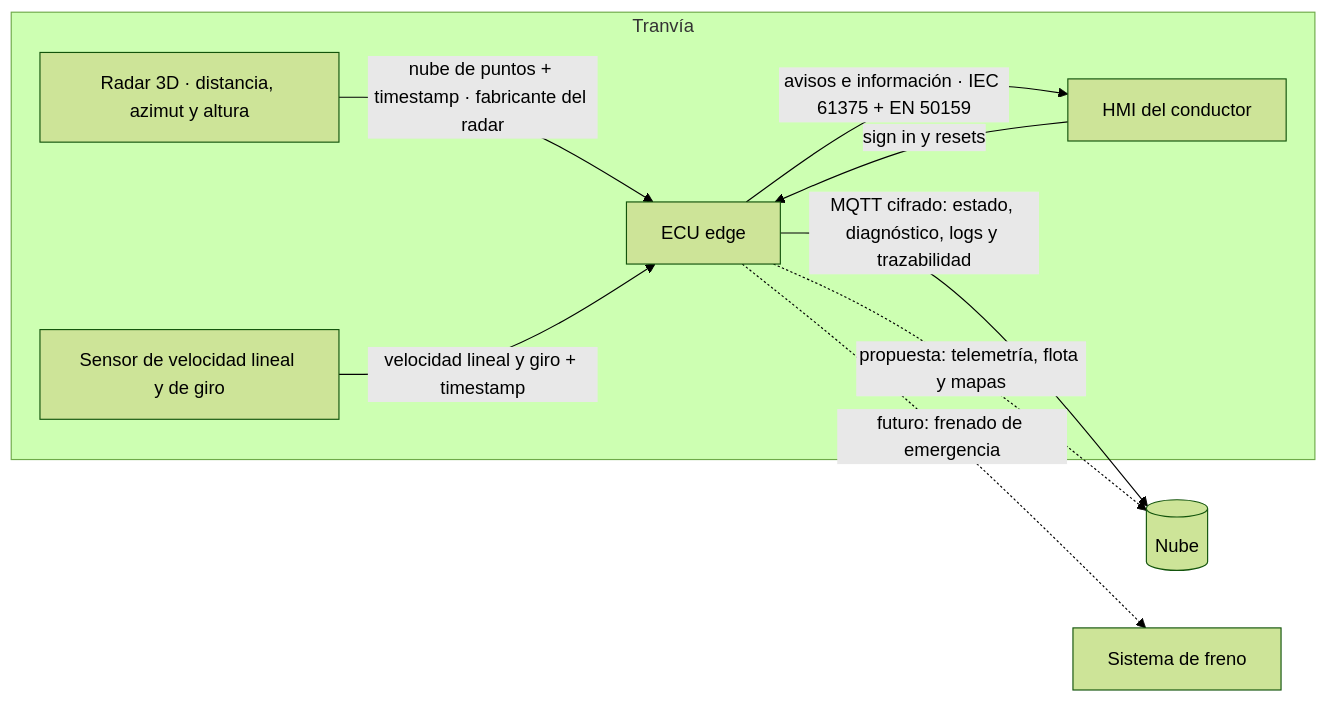
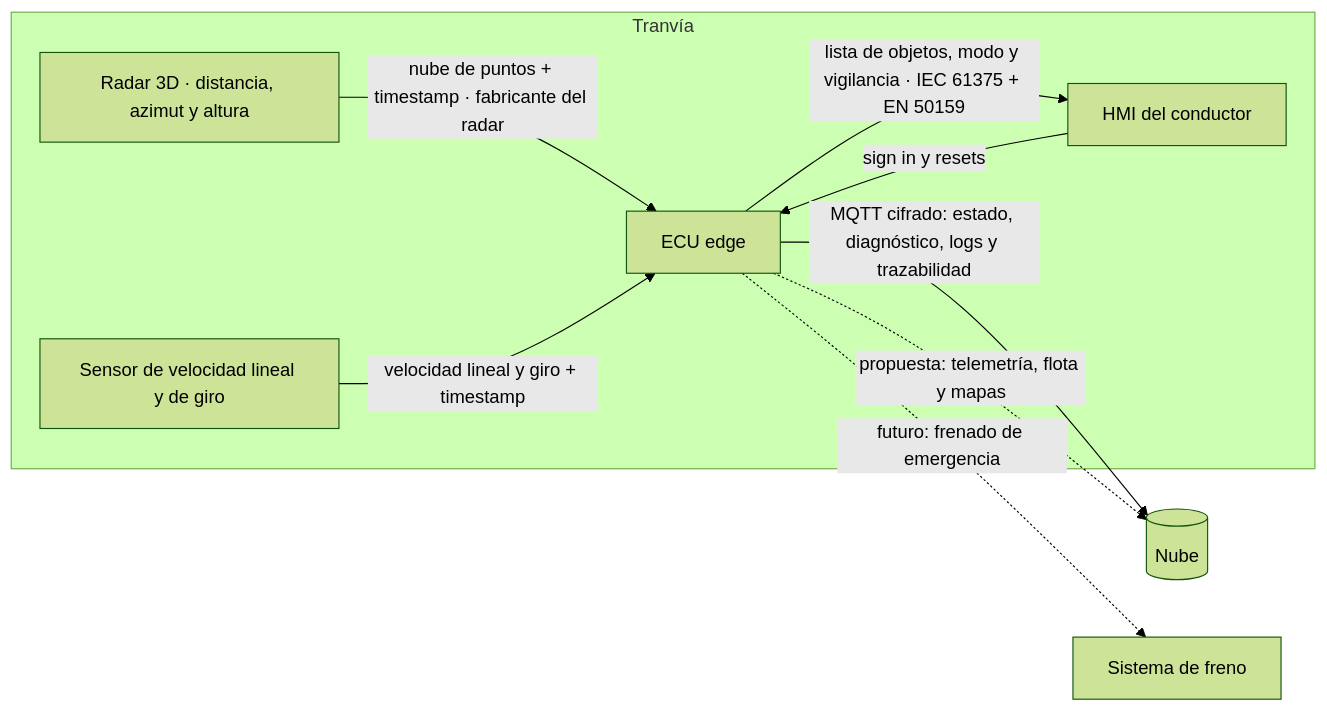
The diagram in docs/02-diseno/diagramas/arquitectura-hw.mmd (buzondealiciagarcia-cmyk/prueba-tecnica-saf), drawn with Mermaid (forest theme) before and after one commit. The commit also changed 9 other files, not shown here.

```diff
--- a/docs/02-diseno/diagramas/arquitectura-hw.mmd
+++ b/docs/02-diseno/diagramas/arquitectura-hw.mmd
@@ -1,14 +1,14 @@
 flowchart LR
   subgraph Tranvía
     RAD[Radar 3D · distancia, azimut y altura]
     VEL[Sensor de velocidad lineal y de giro]
     ECU[ECU edge]:::hl
     HMI[HMI del conductor]
   end
   RAD -->|nube de puntos + timestamp · fabricante del radar| ECU
   VEL -->|velocidad lineal y giro + timestamp| ECU
-  ECU -->|avisos e información · IEC 61375 + EN 50159| HMI
+  ECU -->|lista de objetos, modo y vigilancia · IEC 61375 + EN 50159| HMI
   HMI -->|sign in y resets| ECU
   ECU -->|MQTT cifrado: estado, diagnóstico, logs y trazabilidad| NUBE[(Nube)]
   ECU -.->|propuesta: telemetría, flota y mapas| NUBE
   ECU -.->|futuro: frenado de emergencia| FRE[Sistema de freno]:::muted
```
